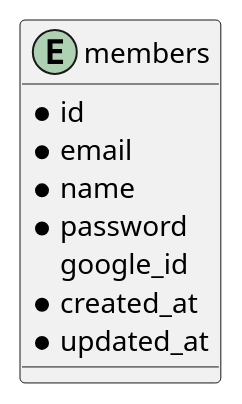
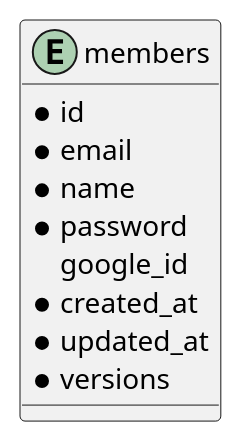
Before and after one commit to ijufumi/openreports-api: the diagram in docs/db/diagram.puml, drawn with PlantUML. The commit also changed 1 other file, not shown here.

```diff
--- a/docs/db/diagram.puml
+++ b/docs/db/diagram.puml
@@ -1,13 +1,14 @@
 @startuml
 
 entity members {
  * id
  * email
  * name
  * password
    google_id
  * created_at
  * updated_at
+ * versions
 }
 
 @enduml
```
